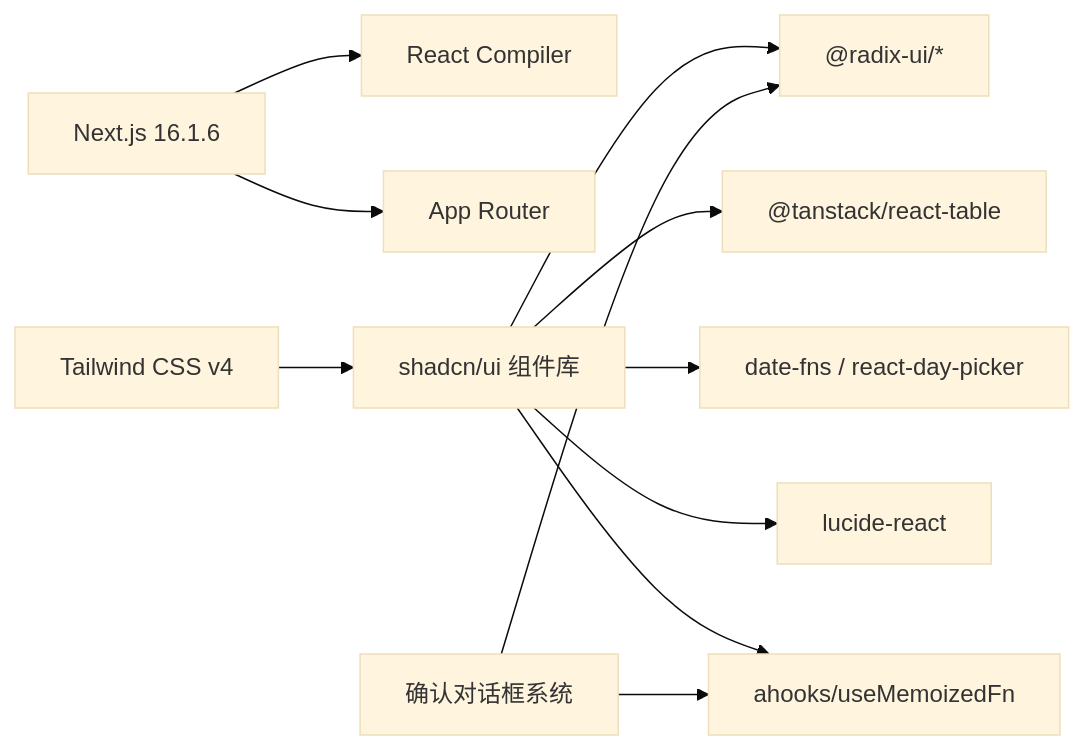
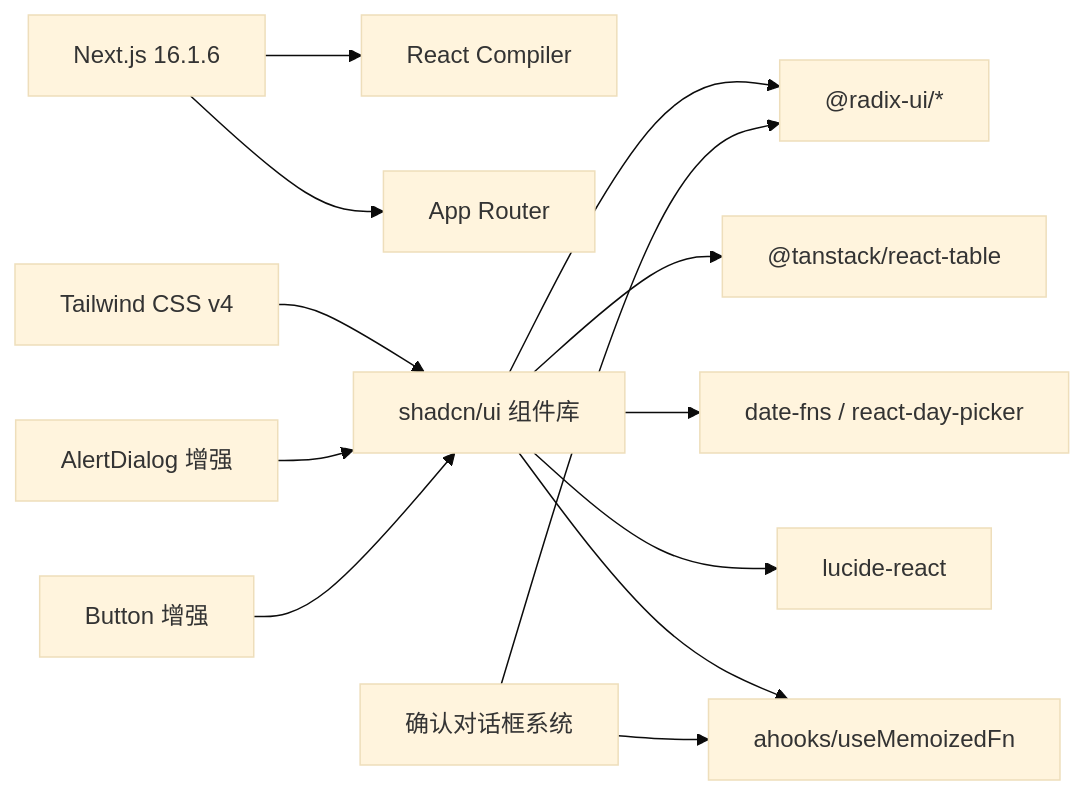
One commit to RadiumAg/AIGate changed the seventh of 7 diagrams in .qoder/repowiki/zh/content/前端组件/前端组件.md. Above: the diagram before and after it, drawn with Mermaid (base theme). The commit also changed other lines of this file and 6 other files, not shown here.

````diff
--- a/.qoder/repowiki/zh/content/前端组件/前端组件.md
+++ b/.qoder/repowiki/zh/content/前端组件/前端组件.md
@@ -443,13 +462,15 @@
 ```mermaid
 graph LR
 N["Next.js 16.1.6"] --> R["React Compiler"]
 N --> APP["App Router"]
 TW["Tailwind CSS v4"] --> UI["shadcn/ui 组件库"]
 UI --> RADIX["@radix-ui/*"]
 UI --> TABLE["@tanstack/react-table"]
 UI --> DATE["date-fns / react-day-picker"]
 UI --> ICON["lucide-react"]
 UI --> AH["ahooks/useMemoizedFn"]
 CONF["确认对话框系统"] --> RADIX
 CONF --> AH
+ALERT["AlertDialog 增强"] --> UI
+BUTTON["Button 增强"] --> UI
 ```
````
